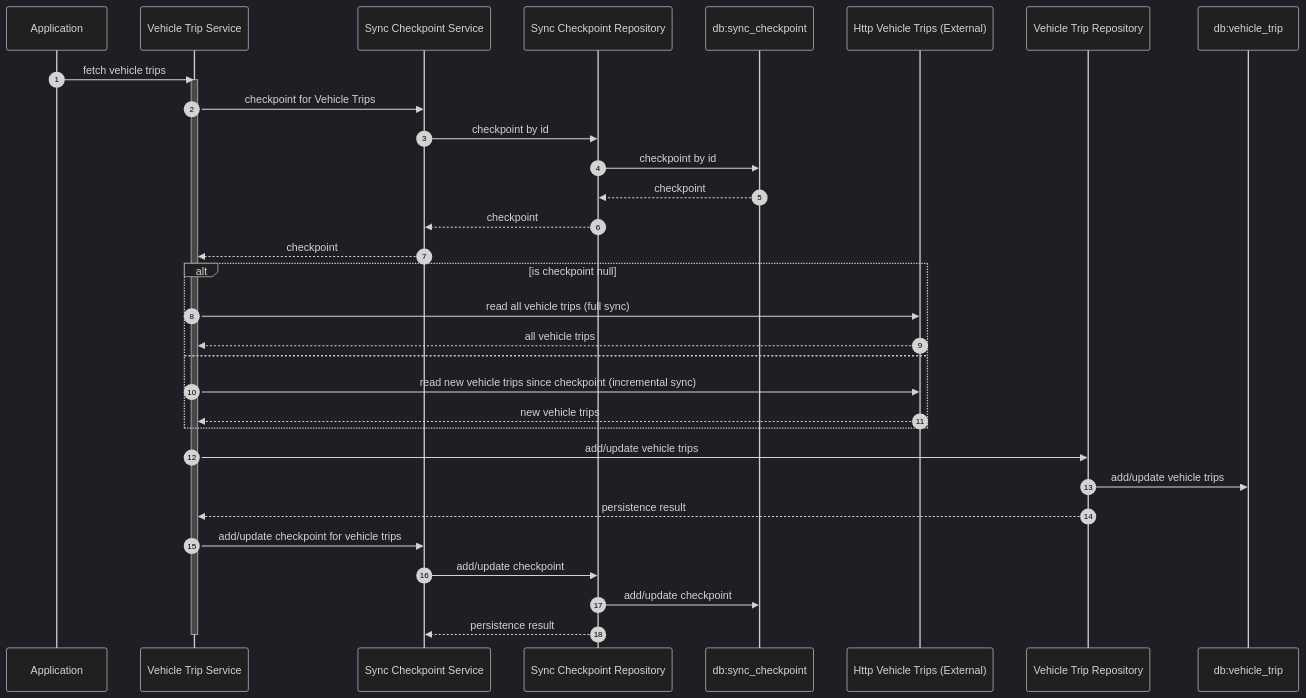
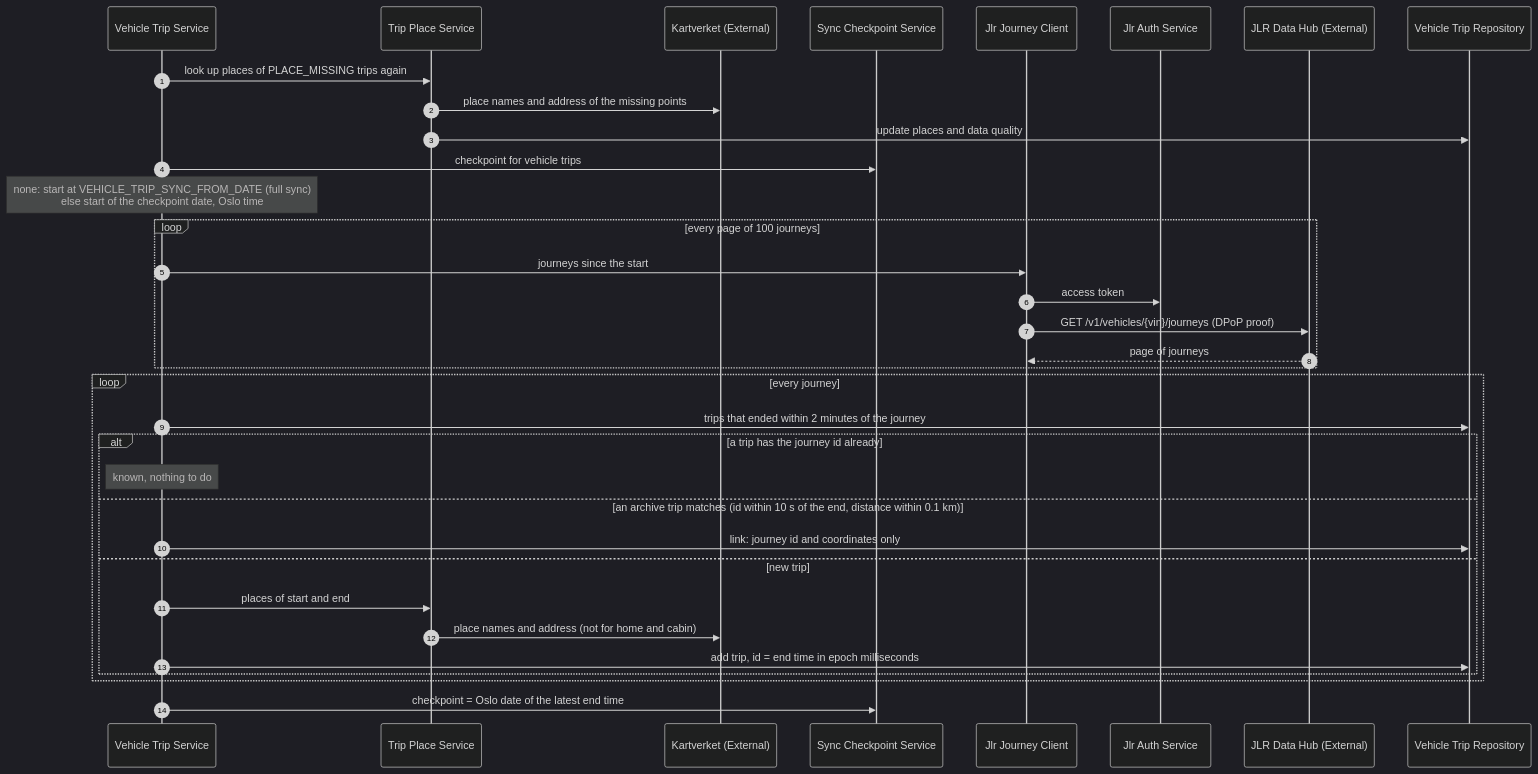
The sixth of 9 diagrams in docs/solution_architecture.md (ismarslomic/cabin-visits-kotlin), drawn with Mermaid (dark theme) before and after one commit. The commit also changed other lines of this file and 26 other files, not shown here.

First line of the commit message:
feat(vehicletrips): fetch trips from JLR Data Hub

````diff
--- a/docs/solution_architecture.md
+++ b/docs/solution_architecture.md
@@ -215,40 +220,41 @@
 ```mermaid
 sequenceDiagram
     autonumber
-    participant Application
     participant VehicleTripService as Vehicle Trip Service
+    participant TripPlaceService as Trip Place Service
+    participant Kartverket as Kartverket (External)
     participant SyncCheckpointService as Sync Checkpoint Service
-    participant SyncCheckpointRepository as Sync Checkpoint Repository
-    participant sync_checkpoint as db:sync_checkpoint
-    participant VehicleTrips as Http Vehicle Trips (External)
+    participant JlrJourneyClient as Jlr Journey Client
+    participant JlrAuthService as Jlr Auth Service
+    participant JLR as JLR Data Hub (External)
     participant VehicleTripRepository as Vehicle Trip Repository
-    participant vehicleTrip as db:vehicle_trip
-    
-    Application->>VehicleTripService: fetch vehicle trips
-    activate VehicleTripService
-    
-    VehicleTripService->>SyncCheckpointService: checkpoint for Vehicle Trips
-    SyncCheckpointService->>SyncCheckpointRepository: checkpoint by id
-    SyncCheckpointRepository->>sync_checkpoint: checkpoint by id
-    sync_checkpoint-->>SyncCheckpointRepository: checkpoint
-    SyncCheckpointRepository-->>SyncCheckpointService: checkpoint
-    SyncCheckpointService-->>VehicleTripService: checkpoint
-    
-    alt is checkpoint null
-        VehicleTripService->>VehicleTrips: read all vehicle trips (full sync)
-        VehicleTrips-->>VehicleTripService: all vehicle trips
-    else
-        VehicleTripService->>VehicleTrips: read new vehicle trips since checkpoint (incremental sync)
-        VehicleTrips-->>VehicleTripService: new vehicle trips
+
+    VehicleTripService->>TripPlaceService: look up places of PLACE_MISSING trips again
+    TripPlaceService->>Kartverket: place names and address of the missing points
+    TripPlaceService->>VehicleTripRepository: update places and data quality
+
+    VehicleTripService->>SyncCheckpointService: checkpoint for vehicle trips
+    Note over VehicleTripService: none: start at VEHICLE_TRIP_SYNC_FROM_DATE (full sync)<br/>else start of the checkpoint date, Oslo time
+
+    loop every page of 100 journeys
+        VehicleTripService->>JlrJourneyClient: journeys since the start
+        JlrJourneyClient->>JlrAuthService: access token
+        JlrJourneyClient->>JLR: GET /v1/vehicles/{vin}/journeys (DPoP proof)
+        JLR-->>JlrJourneyClient: page of journeys
     end
-    
-    VehicleTripService->>VehicleTripRepository: add/update vehicle trips
-    VehicleTripRepository->>vehicleTrip: add/update vehicle trips
-    VehicleTripRepository-->>VehicleTripService: persistence result
-    
-    VehicleTripService->>SyncCheckpointService: add/update checkpoint for vehicle trips
-    SyncCheckpointService->>SyncCheckpointRepository: add/update checkpoint
-    SyncCheckpointRepository->>sync_checkpoint: add/update checkpoint
-    SyncCheckpointRepository-->>SyncCheckpointService: persistence result
-    deactivate VehicleTripService
+
+    loop every journey
+        VehicleTripService->>VehicleTripRepository: trips that ended within 2 minutes of the journey
+        alt a trip has the journey id already
+            Note over VehicleTripService: known, nothing to do
+        else an archive trip matches (id within 10 s of the end, distance within 0.1 km)
+            VehicleTripService->>VehicleTripRepository: link: journey id and coordinates only
+        else new trip
+            VehicleTripService->>TripPlaceService: places of start and end
+            TripPlaceService->>Kartverket: place names and address (not for home and cabin)
+            VehicleTripService->>VehicleTripRepository: add trip, id = end time in epoch milliseconds
+        end
+    end
+
+    VehicleTripService->>SyncCheckpointService: checkpoint = Oslo date of the latest end time
 ```
````
